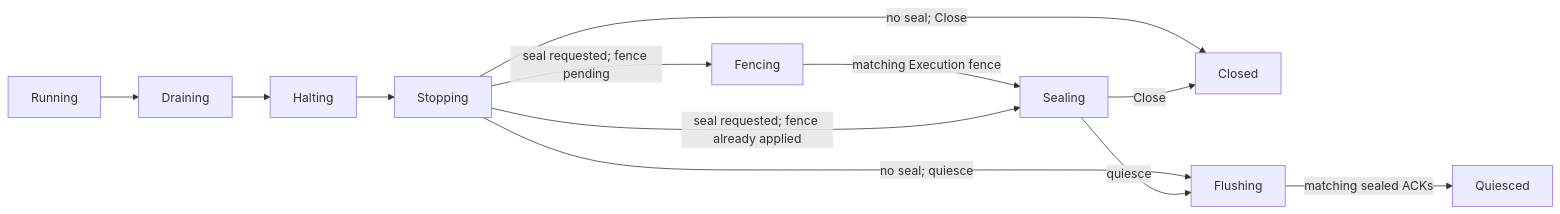
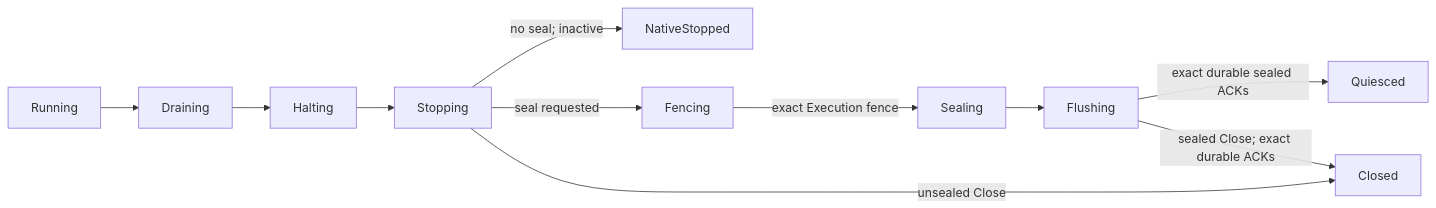
One commit to agentydragon/ducktape changed the second of 3 diagrams in agentplane/env/runtime/docs/cosi.md. Above: the diagram before and after it, drawn with Mermaid. The commit also changed other lines of this file and 54 other files, not shown here.

````diff
--- a/agentplane/env/runtime/docs/cosi.md
+++ b/agentplane/env/runtime/docs/cosi.md
@@ -346,10 +118,9 @@
 ```mermaid
 flowchart LR
   Running --> Draining --> Halting --> Stopping
-  Stopping -->|seal requested; fence pending| Fencing -->|matching Execution fence| Sealing
-  Stopping -->|seal requested; fence already applied| Sealing
-  Stopping -->|no seal; Close| Closed
-  Stopping -->|no seal; quiesce| Flushing
-  Sealing -->|quiesce| Flushing -->|matching sealed ACKs| Quiesced
-  Sealing -->|Close| Closed
+  Stopping -->|"no seal; inactive"| NativeStopped
+  Stopping -->|"seal requested"| Fencing -->|"exact Execution fence"| Sealing
+  Sealing --> Flushing -->|"exact durable sealed ACKs"| Quiesced
+  Stopping -->|"unsealed Close"| Closed
+  Flushing -->|"sealed Close; exact durable ACKs"| Closed
 ```
````
